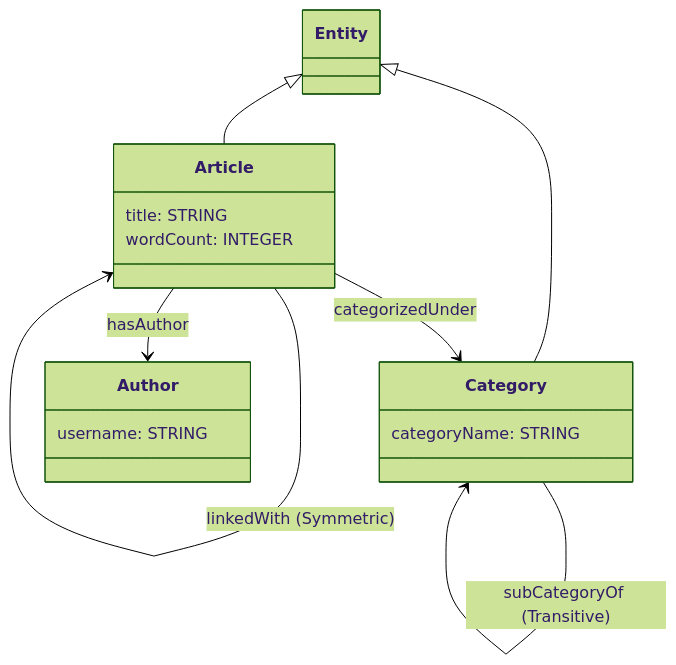
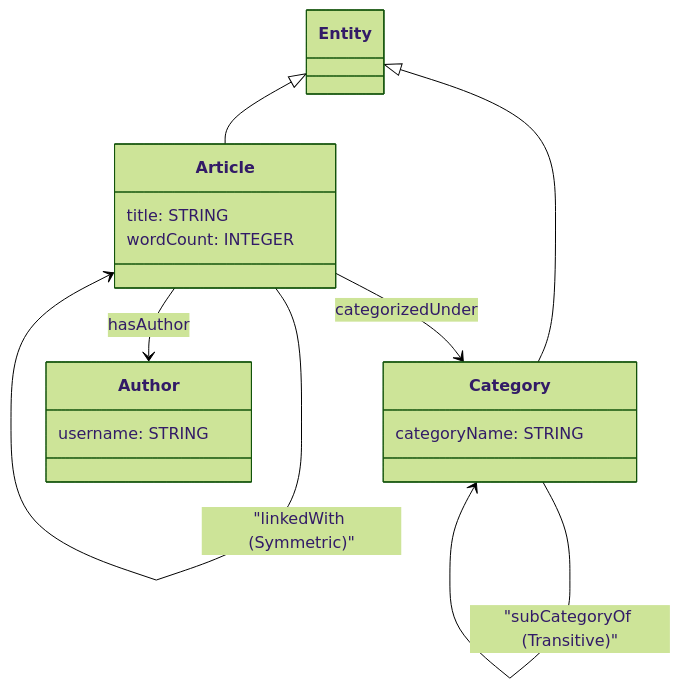
One commit to hasseeb-ai/rdf-shacl-to-spanner-graph changed the fourth of 12 diagrams in examples/README.md. Above: the diagram before and after it, drawn with Mermaid (forest theme). The commit also changed other lines of this file, not shown here.

````diff
--- a/examples/README.md
+++ b/examples/README.md
@@ -135,24 +135,24 @@
 ```mermaid
 classDiagram
   direction TD
   class Entity
   class Article {
     title: STRING
     wordCount: INTEGER
   }
   class Category {
     categoryName: STRING
   }
   class Author {
     username: STRING
   }
 
   Entity <|-- Article
   Entity <|-- Category
 
   Article --> Author : hasAuthor
   Article --> Category : categorizedUnder
   Article --> Article : references
-  Article --> Article : linkedWith (Symmetric)
-  Category --> Category : subCategoryOf (Transitive)
+  Article --> Article : "linkedWith (Symmetric)"
+  Category --> Category : "subCategoryOf (Transitive)"
 ```
````
